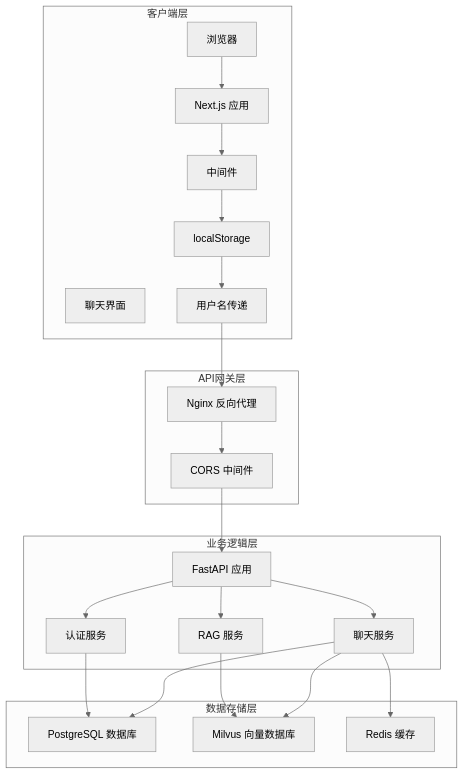
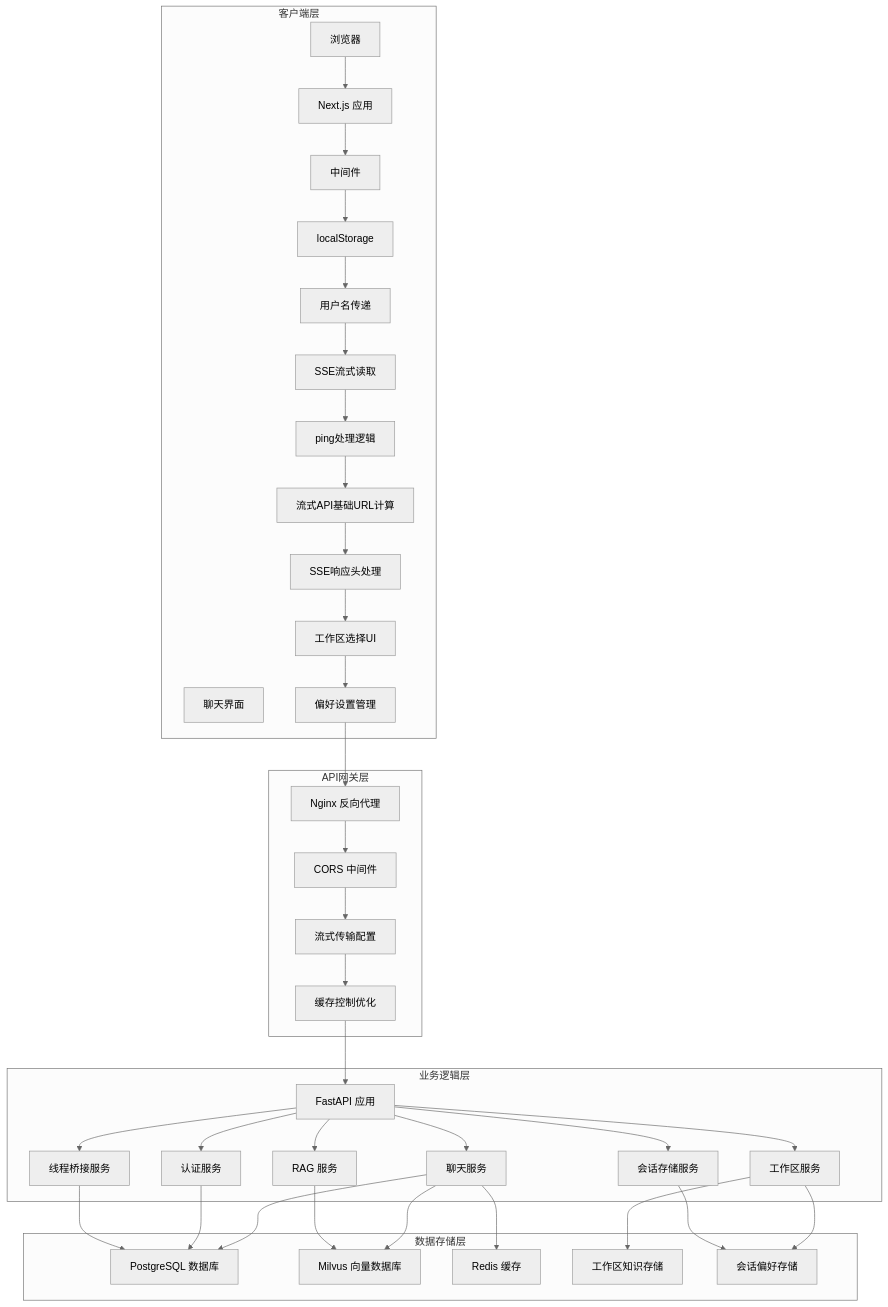
Before and after one commit to ghbbn053-ship-itsoulddog/soulddog: the fourth of 27 diagrams in .qoder/repowiki/zh/content/前端应用文档/AI聊天界面与对话交互.md, drawn with Mermaid (neutral theme). The commit also changed other lines of this file and 119 other files, not shown here.

````diff
--- a/.qoder/repowiki/zh/content/前端应用文档/AI聊天界面与对话交互.md
+++ b/.qoder/repowiki/zh/content/前端应用文档/AI聊天界面与对话交互.md
@@ -210,41 +364,69 @@
 ```mermaid
 graph TB
 subgraph "客户端层"
 A[浏览器]
 B[Next.js 应用]
 C[聊天界面]
 D[中间件]
 E[localStorage]
 F[用户名传递]
+G[SSE流式读取]
+H[ping处理逻辑]
+I[流式API基础URL计算]
+J[SSE响应头处理]
+K[工作区选择UI]
+L[偏好设置管理]
 end
 subgraph "API网关层"
-G[Nginx 反向代理]
-H[CORS 中间件]
+M[Nginx 反向代理]
+N[CORS 中间件]
+O[流式传输配置]
+P[缓存控制优化]
 end
 subgraph "业务逻辑层"
-I[FastAPI 应用]
-J[聊天服务]
-K[认证服务]
-L[RAG 服务]
+Q[FastAPI 应用]
+R[聊天服务]
+S[工作区服务]
+T[认证服务]
+U[RAG 服务]
+V[线程桥接服务]
+W[会话存储服务]
 end
 subgraph "数据存储层"
-M[PostgreSQL 数据库]
-N[Milvus 向量数据库]
-O[Redis 缓存]
+X[PostgreSQL 数据库]
+Y[Milvus 向量数据库]
+Z[Redis 缓存]
+AA[工作区知识存储]
+BB[会话偏好存储]
 end
 A --> B
 B --> D
 D --> E
 E --> F
 F --> G
 G --> H
 H --> I
 I --> J
-I --> K
-I --> L
-J --> M
-J --> N
-J --> O
-K --> M
-L --> N
+J --> K
+K --> L
+L --> M
+M --> N
+N --> O
+O --> P
+P --> Q
+Q --> R
+Q --> S
+Q --> T
+Q --> U
+Q --> V
+Q --> W
+R --> X
+R --> Y
+R --> Z
+S --> AA
+S --> BB
+T --> X
+U --> Y
+V --> X
+W --> BB
 ```
````
